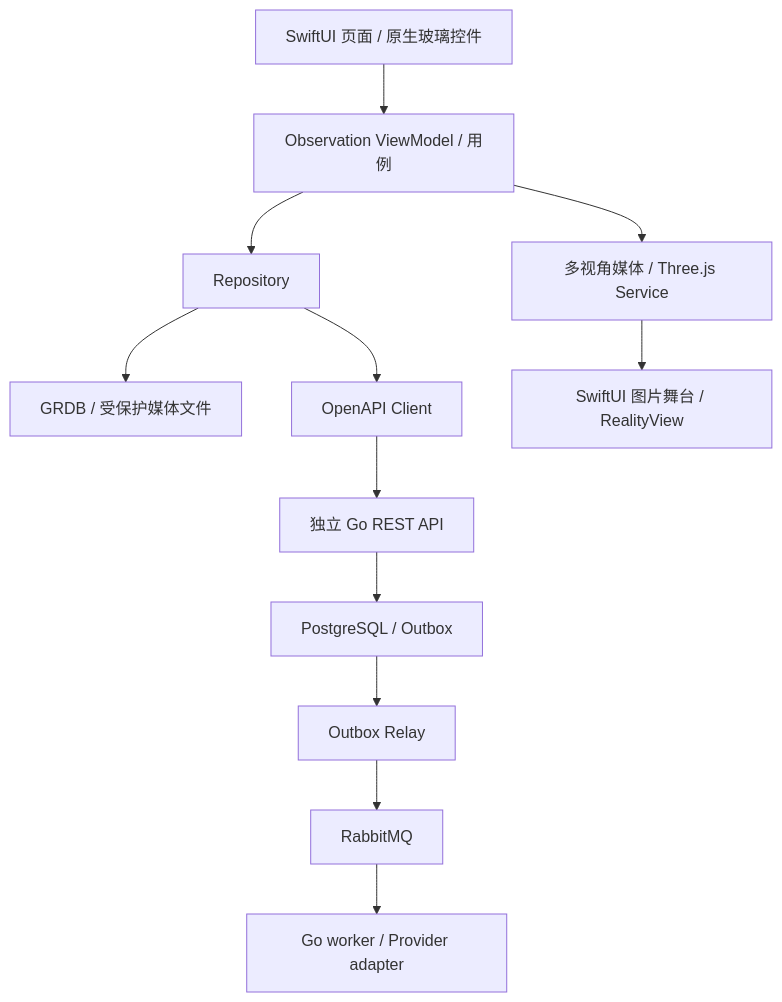
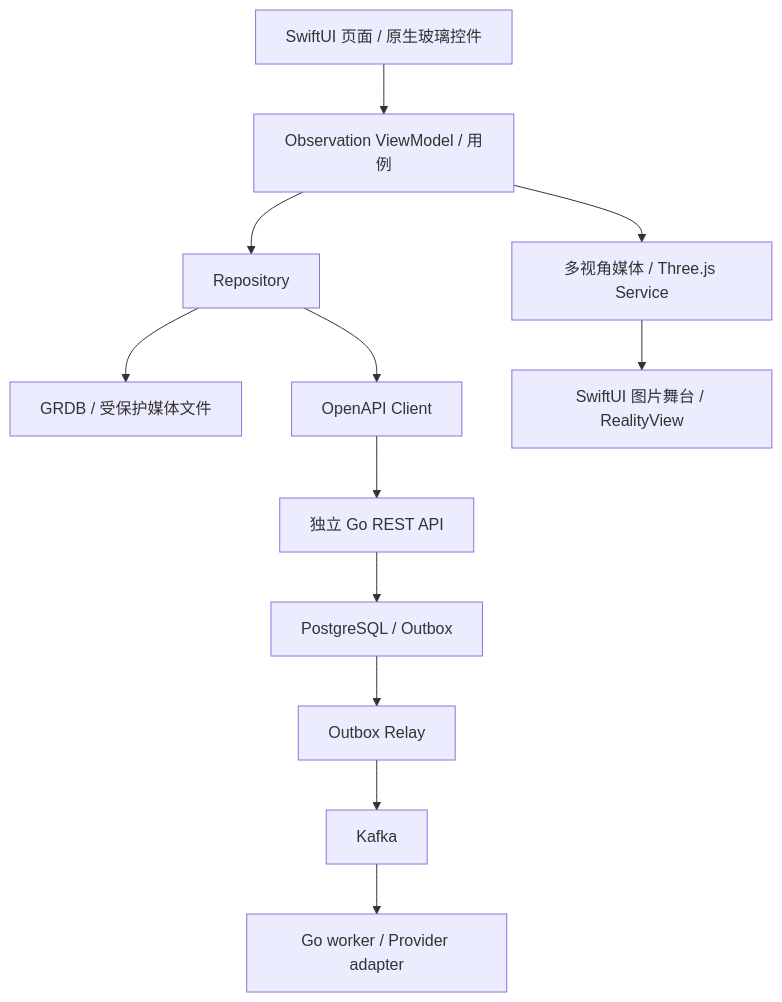
One commit to StephenQiu30/then-server changed the first of 2 diagrams in docs/design/03-OOTD产品总体设计.md. Above: the diagram before and after it, drawn with Mermaid. The commit also changed 50 other files, not shown here.

````diff
--- a/docs/design/03-OOTD产品总体设计.md
+++ b/docs/design/03-OOTD产品总体设计.md
@@ -58,14 +58,14 @@
 ```mermaid
 flowchart TD
     UI[SwiftUI 页面 / 原生玻璃控件] --> VM[Observation ViewModel / 用例]
     VM --> Repo[Repository]
     Repo --> Local[GRDB / 受保护媒体文件]
     Repo --> Client[OpenAPI Client]
     Client --> API[独立 Go REST API]
     API --> DB[PostgreSQL / Outbox]
     DB --> Relay[Outbox Relay]
-    Relay --> MQ[RabbitMQ]
+    Relay --> MQ[Kafka]
     MQ --> Worker[Go worker / Provider adapter]
     VM --> Render[多视角媒体 / Three.js Service]
     Render --> Canvas[SwiftUI 图片舞台 / RealityView]
 ```
````
